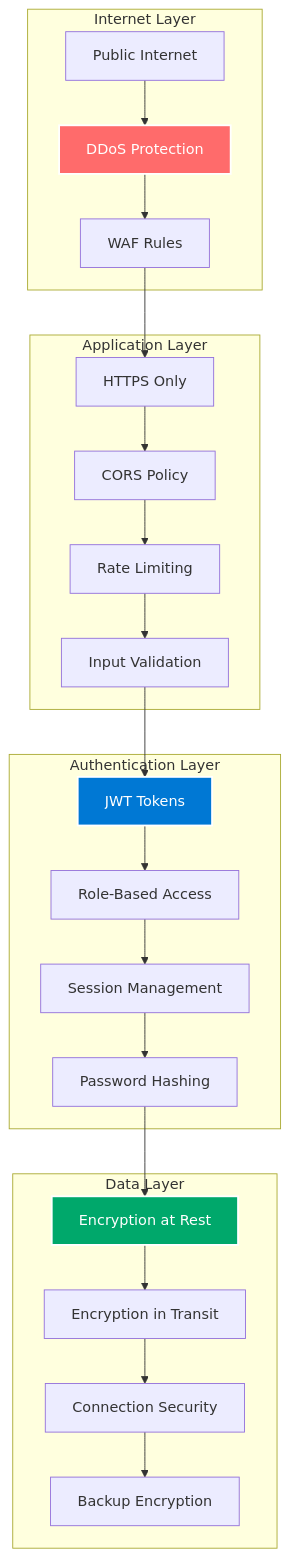
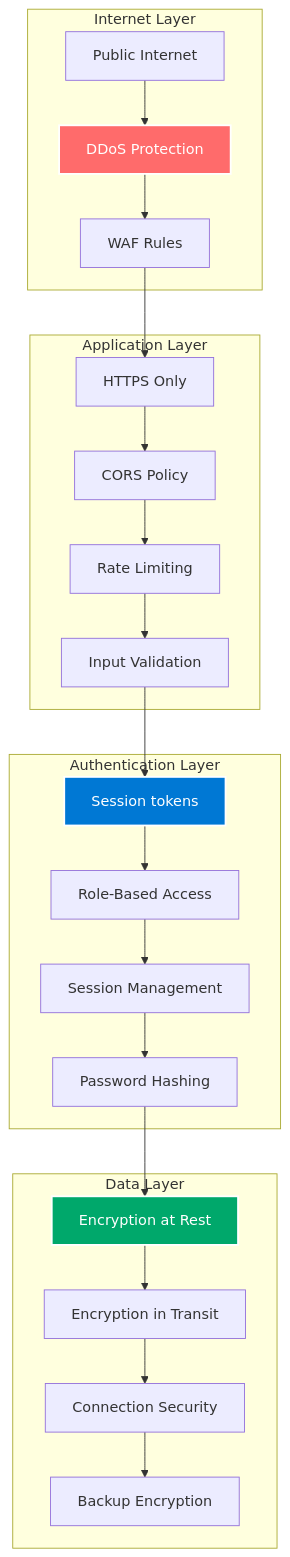
The first of 5 diagrams in docs/kulturHub/security.md (mvulcu/devops-portfolio-docs), drawn with Mermaid before and after one commit. The commit also changed other lines of this file and 8 other files, not shown here.

Commit message:
Develop KulturHub case study with source-aligned architecture and operations

````diff
--- a/docs/kulturHub/security.md
+++ b/docs/kulturHub/security.md
@@ -15,48 +18,48 @@
 ```mermaid
 graph TB
     subgraph "Internet Layer"
         A[Public Internet]
         B[DDoS Protection]
         C[WAF Rules]
     end
     
     subgraph "Application Layer"
         D[HTTPS Only]
         E[CORS Policy]
         F[Rate Limiting]
         G[Input Validation]
     end
     
     subgraph "Authentication Layer"
-        H[JWT Tokens]
+        H[Session tokens]
         I[Role-Based Access]
         J[Session Management]
         K[Password Hashing]
     end
     
     subgraph "Data Layer"
         L[Encryption at Rest]
         M[Encryption in Transit]
         N[Connection Security]
         O[Backup Encryption]
     end
     
     A --> B
     B --> C
     C --> D
     D --> E
     E --> F
     F --> G
     G --> H
     H --> I
     I --> J
     J --> K
     K --> L
     L --> M
     M --> N
     N --> O
     
     style B fill:#ff6b6b,stroke:#fff,stroke-width:2px,color:#fff
     style H fill:#0078d4,stroke:#fff,stroke-width:2px,color:#fff
     style L fill:#00a86b,stroke:#fff,stroke-width:2px,color:#fff
 ```
````
